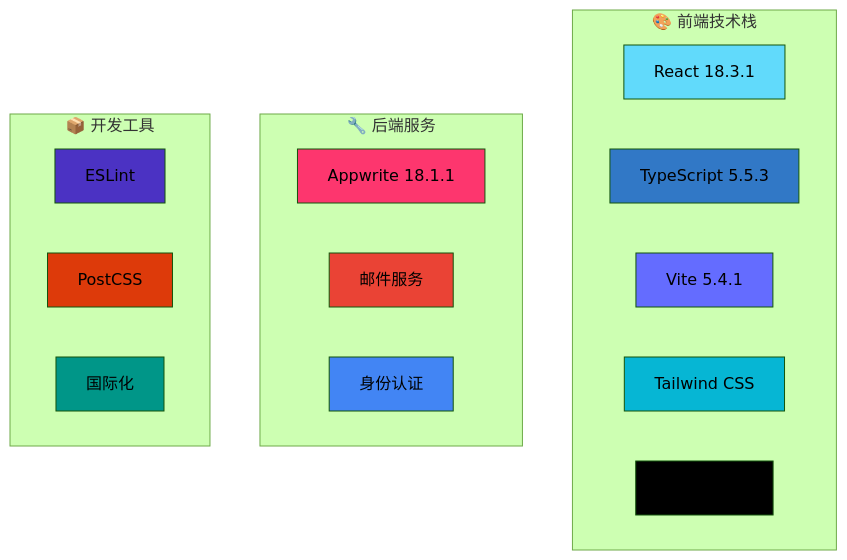
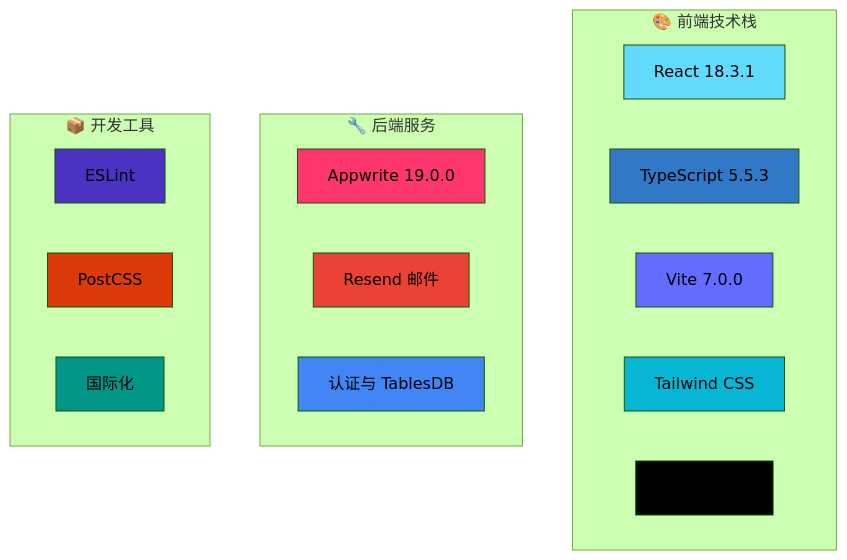
Before and after one commit to ansonlo-dev/LingUBible: the first of 2 diagrams in docs/zh-CN/README.md, drawn with Mermaid (forest theme). The commit also changed other lines of this file and 2 other files, not shown here.

````diff
--- a/docs/zh-CN/README.md
+++ b/docs/zh-CN/README.md
@@ -133,34 +106,34 @@
 ```mermaid
 graph TD
     subgraph "🎨 前端技术栈"
         A[React 18.3.1]
         B[TypeScript 5.5.3]
-        C[Vite 5.4.1]
+        C[Vite 7.0.0]
         D[Tailwind CSS]
         E[shadcn/ui]
     end
     
     subgraph "🔧 后端服务"
-        F[Appwrite 18.1.1]
-        G[邮件服务]
-        H[身份认证]
+        F[Appwrite 19.0.0]
+        G[Resend 邮件]
+        H[认证与 TablesDB]
     end
     
     subgraph "📦 开发工具"
         I[ESLint]
         J[PostCSS]
         K[国际化]
     end
     
     style A fill:#61dafb
     style B fill:#3178c6
     style C fill:#646cff
     style D fill:#06b6d4
     style E fill:#000000
     style F fill:#fd366e
     style G fill:#ea4335
     style H fill:#4285f4
     style I fill:#4b32c3
     style J fill:#dd3a0a
     style K fill:#009688
 ```
````
